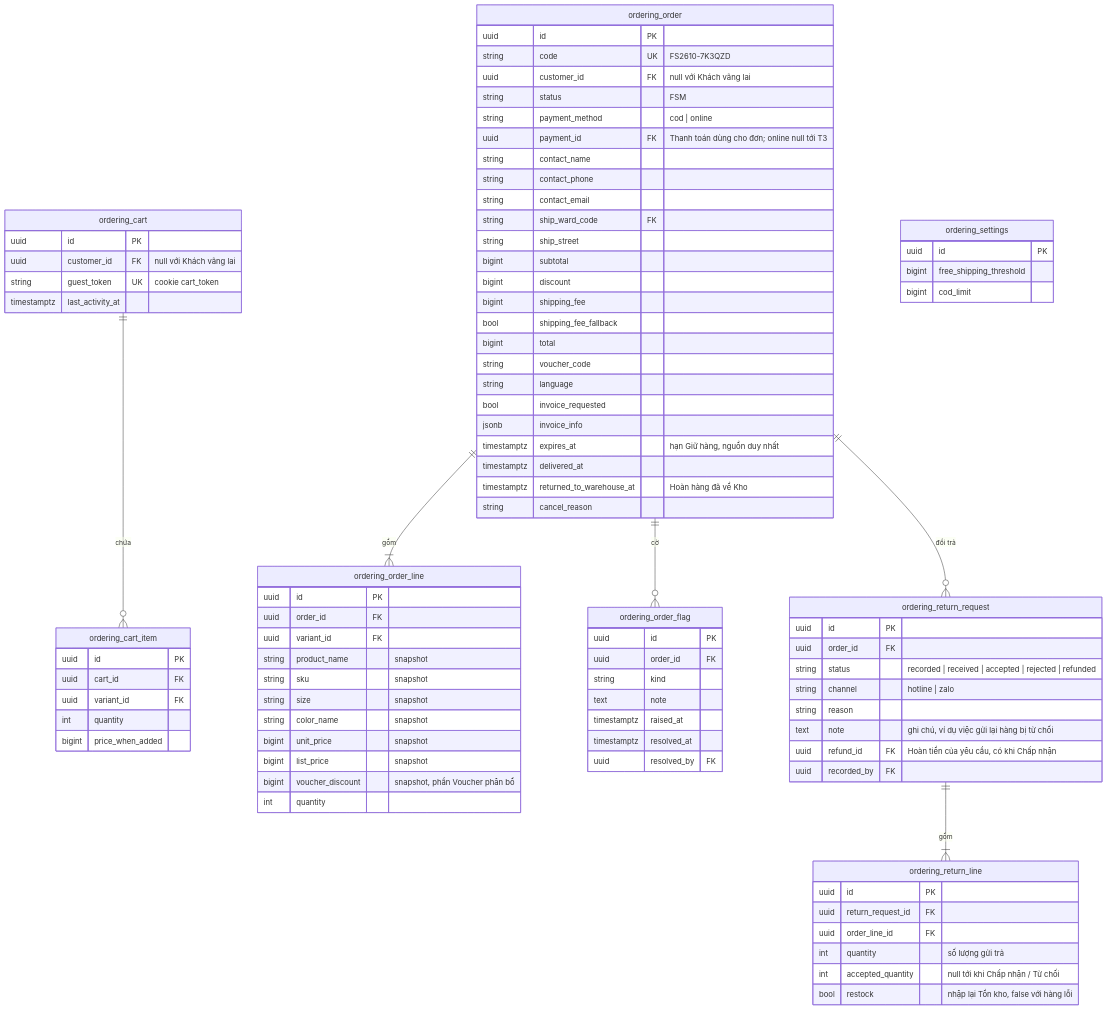
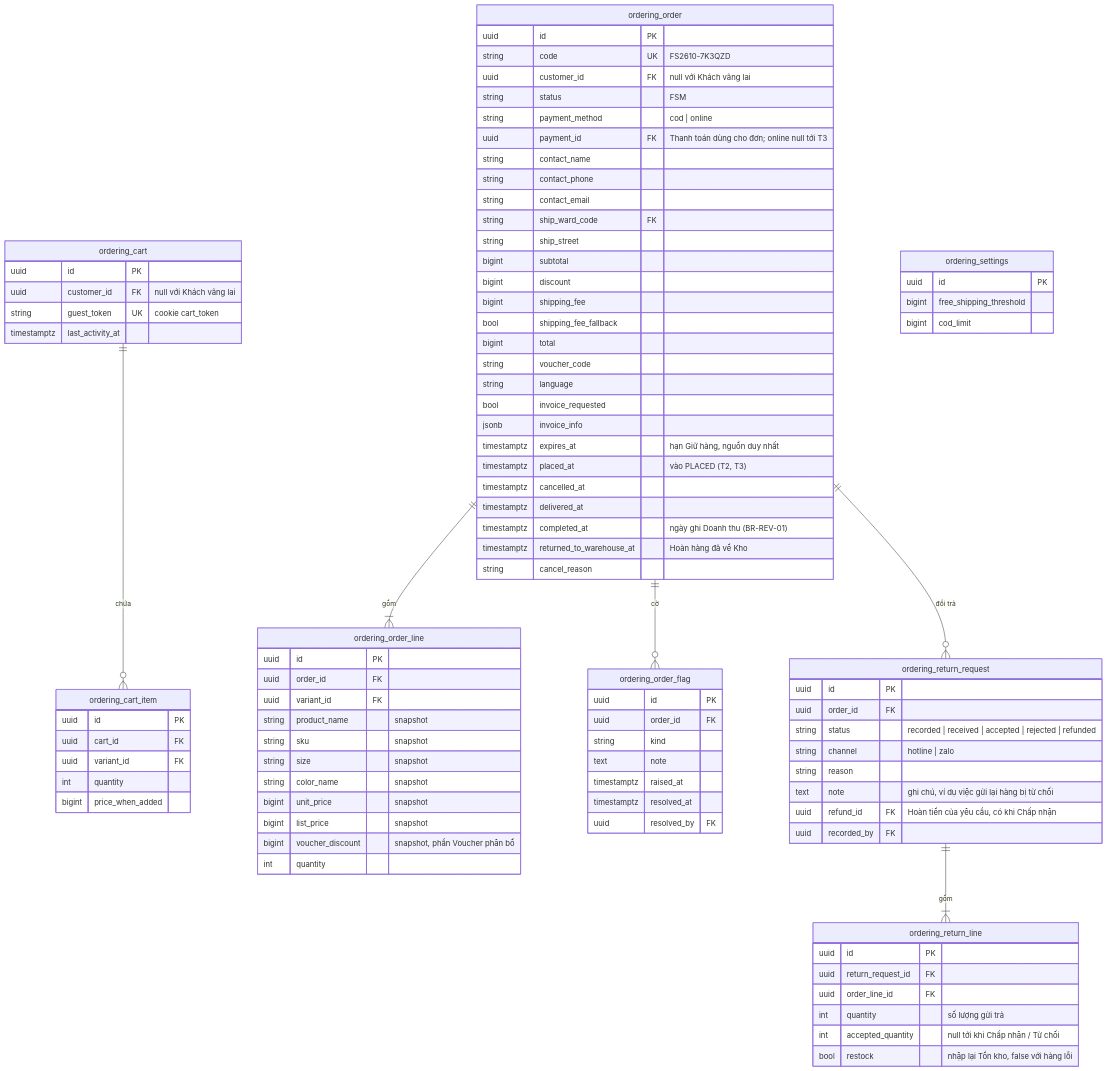
The eighth of 9 diagrams in docs/architecture/03-data-model.md (LuongCongThanh/boilerplate-ecommerce-next-16), drawn with Mermaid before and after one commit. The commit also changed other lines of this file and 7 other files, not shown here.

```diff
--- a/docs/architecture/03-data-model.md
+++ b/docs/architecture/03-data-model.md
@@ -500,7 +501,10 @@
         bool invoice_requested
         jsonb invoice_info
         timestamptz expires_at "hạn Giữ hàng, nguồn duy nhất"
+        timestamptz placed_at "vào PLACED (T2, T3)"
+        timestamptz cancelled_at
         timestamptz delivered_at
+        timestamptz completed_at "ngày ghi Doanh thu (BR-REV-01)"
         timestamptz returned_to_warehouse_at "Hoàn hàng đã về Kho"
         string cancel_reason
     }
```
